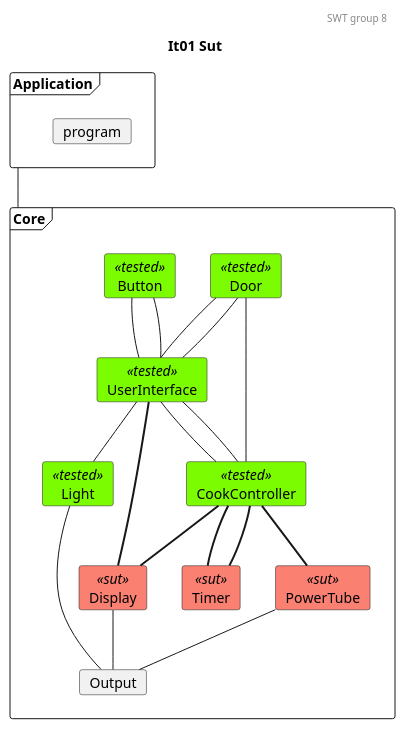
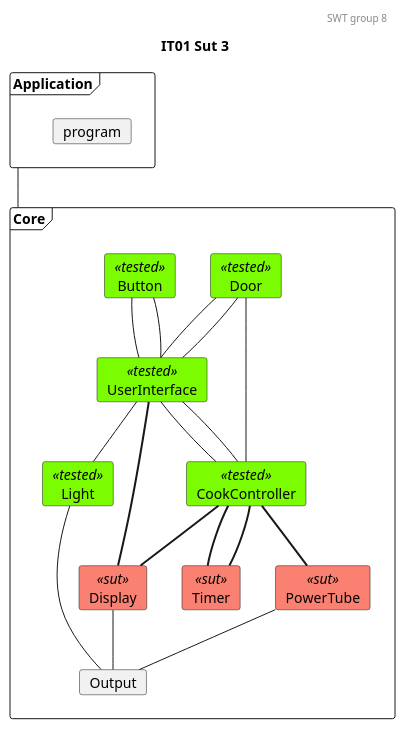
Before and after one commit to mikkel-ol/I4SWT-MicrowaveOven: the diagram in docs/SysTestTree3.plantuml, drawn with PlantUML. The commit also changed 9 other files, not shown here.

Commit message:
Update plantuml names and add images

```diff
--- a/docs/SysTestTree3.plantuml
+++ b/docs/SysTestTree3.plantuml
@@ -1,77 +1,77 @@
 @startuml
 
 'Testing colors:
 skinparam card{
     backgroundColor<<tested>> lawngreen
     backgroundColor<<sut>> salmon
     backgroundColor<<test>> salmon
     backgroundColor<<fake>> gold
 }
 
 header SWT group 8
-title It01 Sut
+title IT01 Sut 3
 
 frame Application{
     card program
 }
 
 frame Core{
 '0.
     card Door<<tested>>
     card Button<<tested>>
 
 '1.
     card UserInterface<<tested>>
 
 '2.
     card CookController<<tested>>
     card Light<<tested>>
 
 '3.
     card Timer<<sut>>
     card PowerTube<<sut>>
     card Display<<sut>>
 
 '4 
     card Output
 
 
 }
 Application -- Core
 
 'Relations projects
 ' 0. to 1.
 Door -- UserInterface
 Door -- UserInterface
 
 Button -- UserInterface
 Button -- UserInterface
 
 
 'Relations CookController:
 '1.
 UserInterface -- CookController
 UserInterface -- CookController
 '1. to 2.
 Door - CookController
 
 
 CookController -[thickness=2]- PowerTube
 
 '1. to 2.
 UserInterface -[thickness=2]- Display
 UserInterface -- Light
 CookController -[thickness=2]- Display
 
 CookController -[thickness=2]- Timer
 CookController -[thickness=2]- Timer 
 
 
 ' Relations 2. to 3.
 Light -- Output
 Display -- Output
 PowerTube -- Output
 
 
 
 @enduml
```
